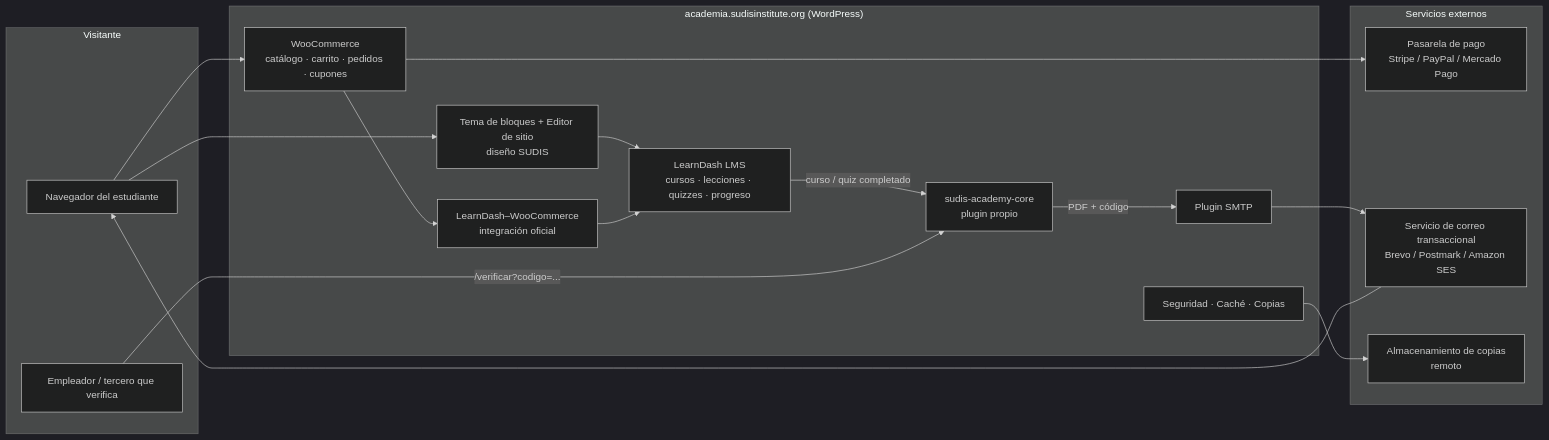
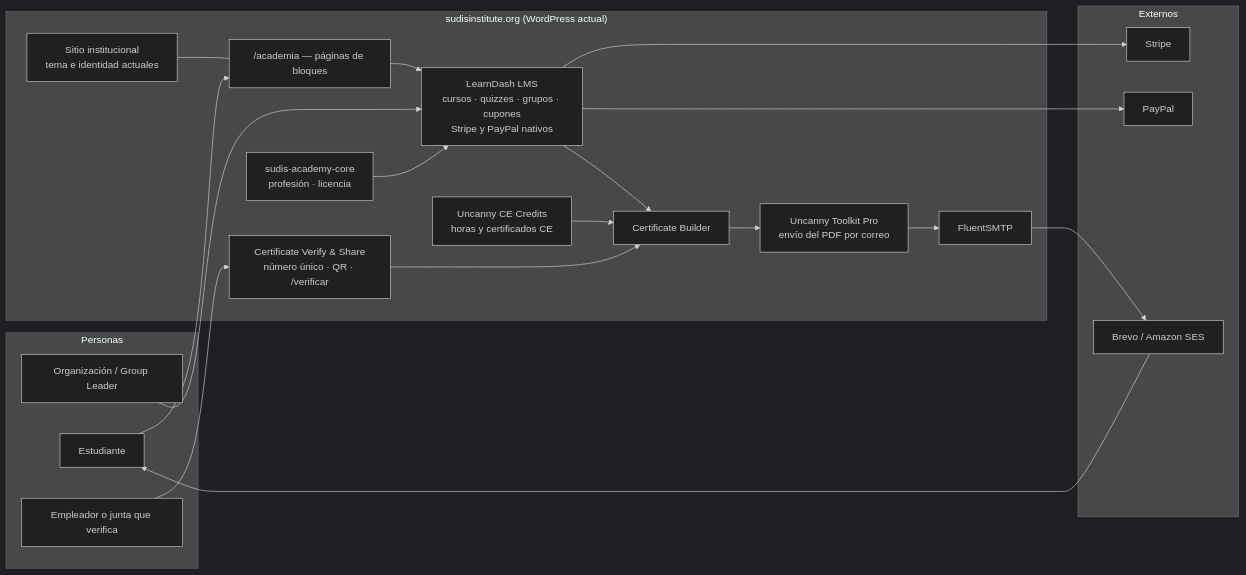
The first of 3 diagrams in docs/01-arquitectura.md (christianely467-png/Sudis-academy-), drawn with Mermaid (dark theme) before and after one commit. The commit also changed other lines of this file and 5 other files, not shown here.

First line of the commit message:
Update plan: academy under /academia, native-first certificate stack

````diff
--- a/docs/01-arquitectura.md
+++ b/docs/01-arquitectura.md
@@ -36,31 +62,36 @@
 ```mermaid
 flowchart LR
-    subgraph Visitante
-        B[Navegador del estudiante]
-        V[Empleador / tercero que verifica]
+    subgraph Personas
+        E[Estudiante]
+        O[Organización / Group Leader]
+        V[Empleador o junta que verifica]
     end
 
-    subgraph "academia.sudisinstitute.org (WordPress)"
-        T[Tema de bloques + Editor de sitio<br/>diseño SUDIS]
-        LD[LearnDash LMS<br/>cursos · lecciones · quizzes · progreso]
-        WC[WooCommerce<br/>catálogo · carrito · pedidos · cupones]
-        INT[LearnDash–WooCommerce<br/>integración oficial]
-        CORE[sudis-academy-core<br/>plugin propio]
-        SMTP[Plugin SMTP]
-        SEC[Seguridad · Caché · Copias]
+    subgraph "sudisinstitute.org (WordPress actual)"
+        SITE[Sitio institucional<br/>tema e identidad actuales]
+        ACA["/academia — páginas de bloques"]
+        LD[LearnDash LMS<br/>cursos · quizzes · grupos · cupones<br/>Stripe y PayPal nativos]
+        CB[Certificate Builder]
+        CE[Uncanny CE Credits<br/>horas y certificados CE]
+        TK[Uncanny Toolkit Pro<br/>envío del PDF por correo]
+        VS[Certificate Verify & Share<br/>número único · QR · /verificar]
+        MINI[sudis-academy-core<br/>profesión · licencia]
+        SMTP[FluentSMTP]
     end
 
-    subgraph Servicios externos
-        PAY[Pasarela de pago<br/>Stripe / PayPal / Mercado Pago]
-        MAIL[Servicio de correo transaccional<br/>Brevo / Postmark / Amazon SES]
-        BK[Almacenamiento de copias<br/>remoto]
+    subgraph Externos
+        ST[Stripe]
+        PP[PayPal]
+        MAIL[Brevo / Amazon SES]
     end
 
-    B --> T --> LD
-    B --> WC --> PAY
-    WC --> INT --> LD
-    LD -- "curso / quiz completado" --> CORE
-    CORE -- "PDF + código" --> SMTP --> MAIL --> B
-    V -- "/verificar?codigo=..." --> CORE
-    SEC --> BK
+    SITE --- ACA --> LD
+    E --> ACA
+    O --> LD
+    LD --> ST & PP
+    MINI --> LD
+    LD --> CB --> TK --> SMTP --> MAIL --> E
+    CE --> CB
+    VS --> CB
+    V --> VS
 ```
````
